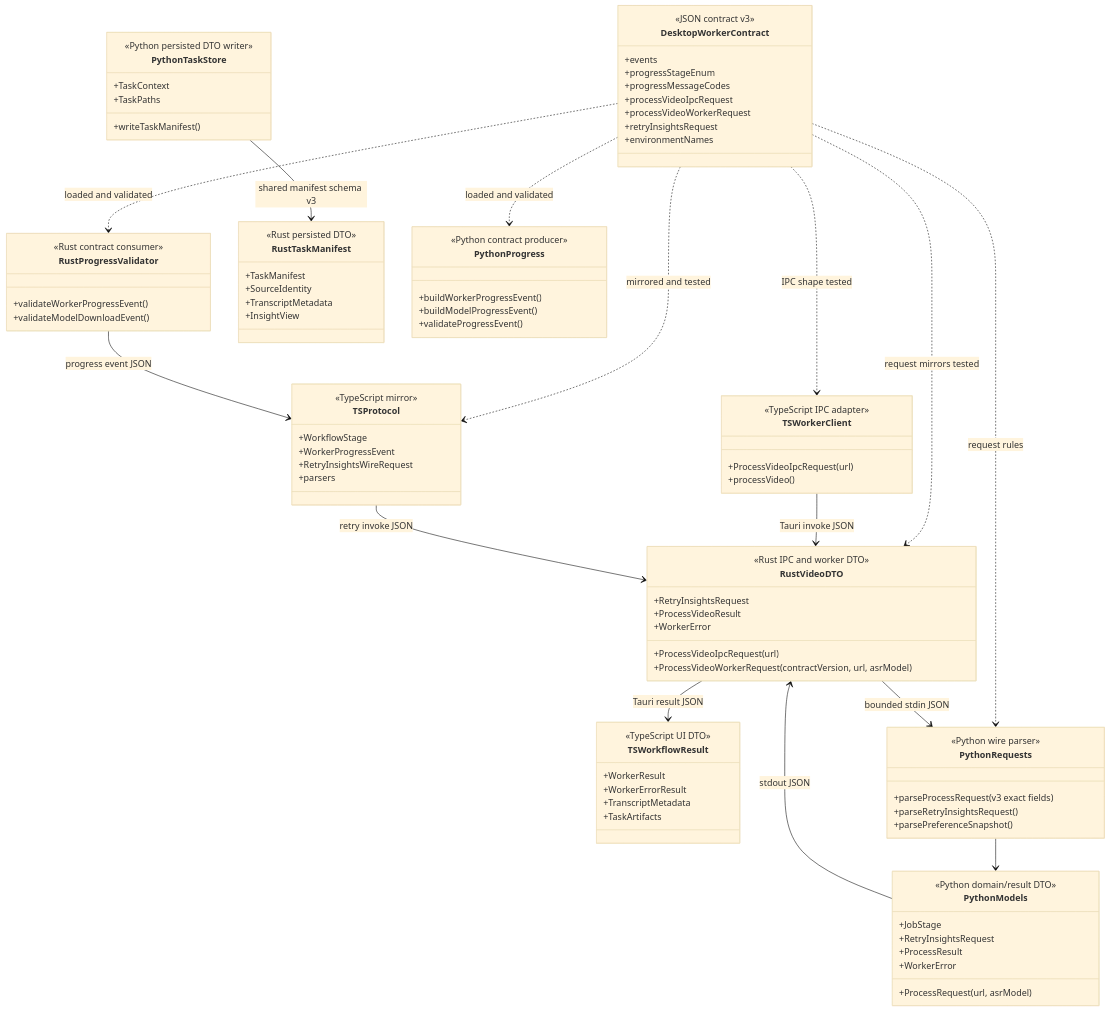
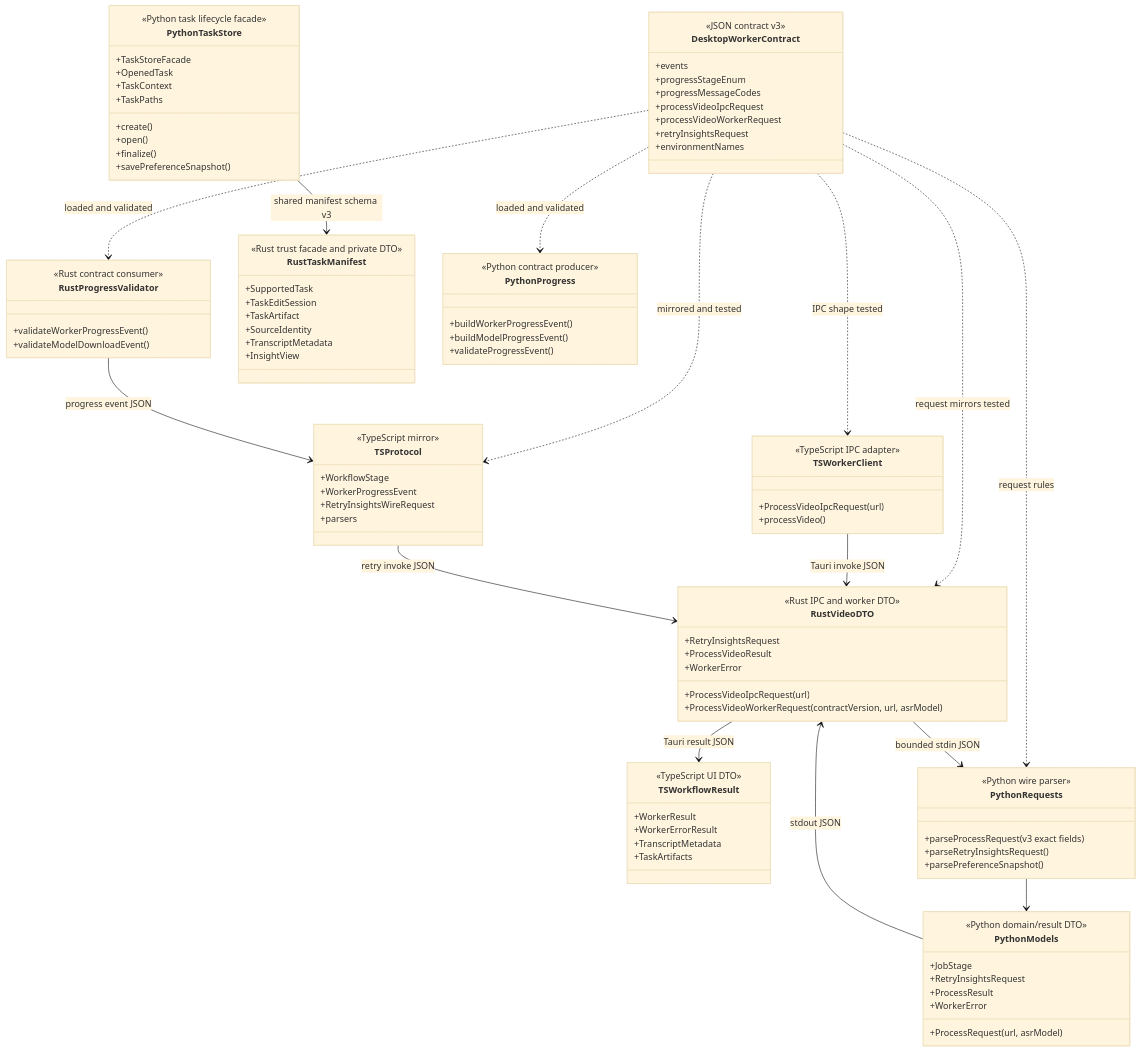
One commit to jiabai/FrameQ changed the third of 9 diagrams in docs/design-docs/frameq-code-audit-uml.md. Above: the diagram before and after it, drawn with Mermaid (base theme). The commit also changed other lines of this file and 14 other files, not shown here.

Commit message:
refactor(task-store): centralize task access behind facades

```diff
--- a/docs/design-docs/frameq-code-audit-uml.md
+++ b/docs/design-docs/frameq-code-audit-uml.md
@@ -599,8 +602,10 @@
   }
 
   class RustTaskManifest {
-    <<Rust persisted DTO>>
-    +TaskManifest
+    <<Rust trust facade and private DTO>>
+    +SupportedTask
+    +TaskEditSession
+    +TaskArtifact
     +SourceIdentity
     +TranscriptMetadata
     +InsightView
@@ -630,10 +635,15 @@
   }
 
   class PythonTaskStore {
-    <<Python persisted DTO writer>>
+    <<Python task lifecycle facade>>
+    +TaskStoreFacade
+    +OpenedTask
     +TaskContext
     +TaskPaths
-    +writeTaskManifest()
+    +create()
+    +open()
+    +finalize()
+    +savePreferenceSnapshot()
   }
 
   DesktopWorkerContract ..> TSProtocol : mirrored and tested
```
